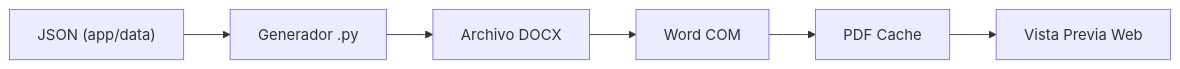
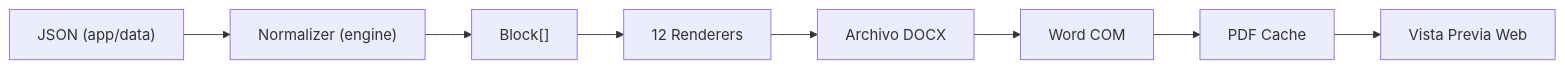
Before and after one commit to mikehernandez-bit/gicateca_tesis: the diagram in docs/manual/01_vision_general.md, drawn with Mermaid. The commit also changed other lines of this file and 153 other files, not shown here.

````diff
--- a/docs/manual/01_vision_general.md
+++ b/docs/manual/01_vision_general.md
@@ -25,8 +27,10 @@
 ```mermaid
 flowchart LR
-    JSON["JSON (app/data)"] --> Generador["Generador .py"]
-    Generador --> DOCX["Archivo DOCX"]
+    JSON["JSON (app/data)"] --> Normalizer["Normalizer (engine)"]
+    Normalizer --> Blocks["Block[]"]
+    Blocks --> Renderers["12 Renderers"]
+    Renderers --> DOCX["Archivo DOCX"]
     DOCX --> WordCOM["Word COM"]
     WordCOM --> PDF["PDF Cache"]
     PDF --> UI["Vista Previa Web"]
 ```
````
